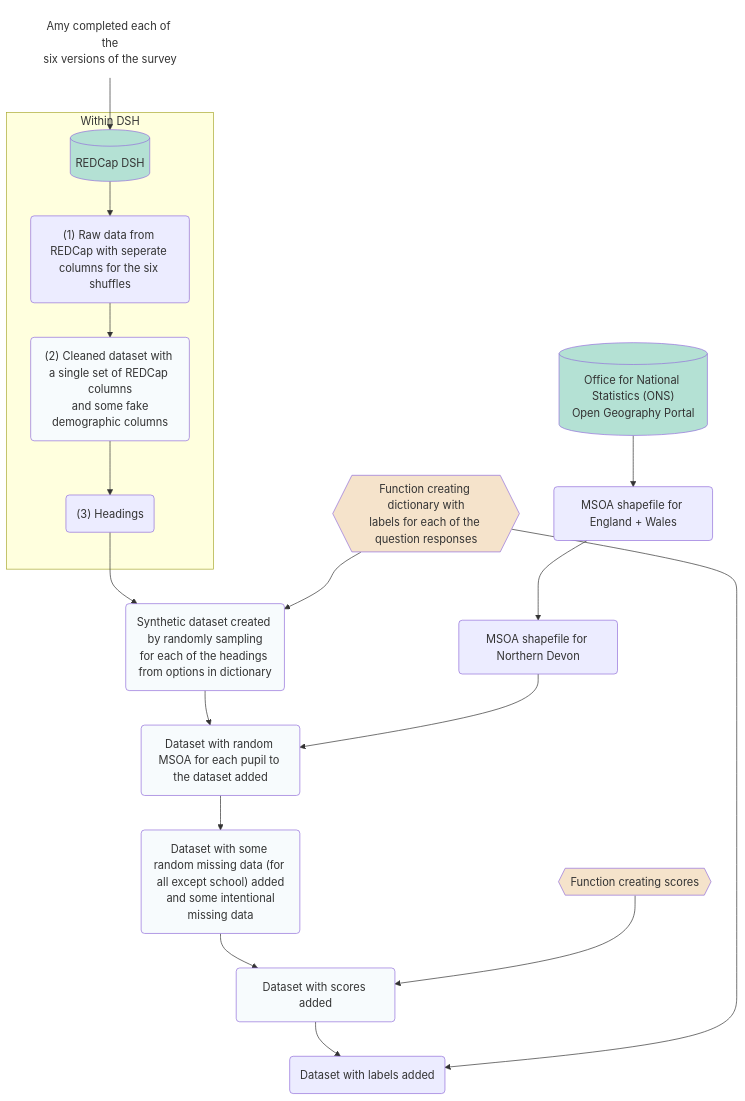
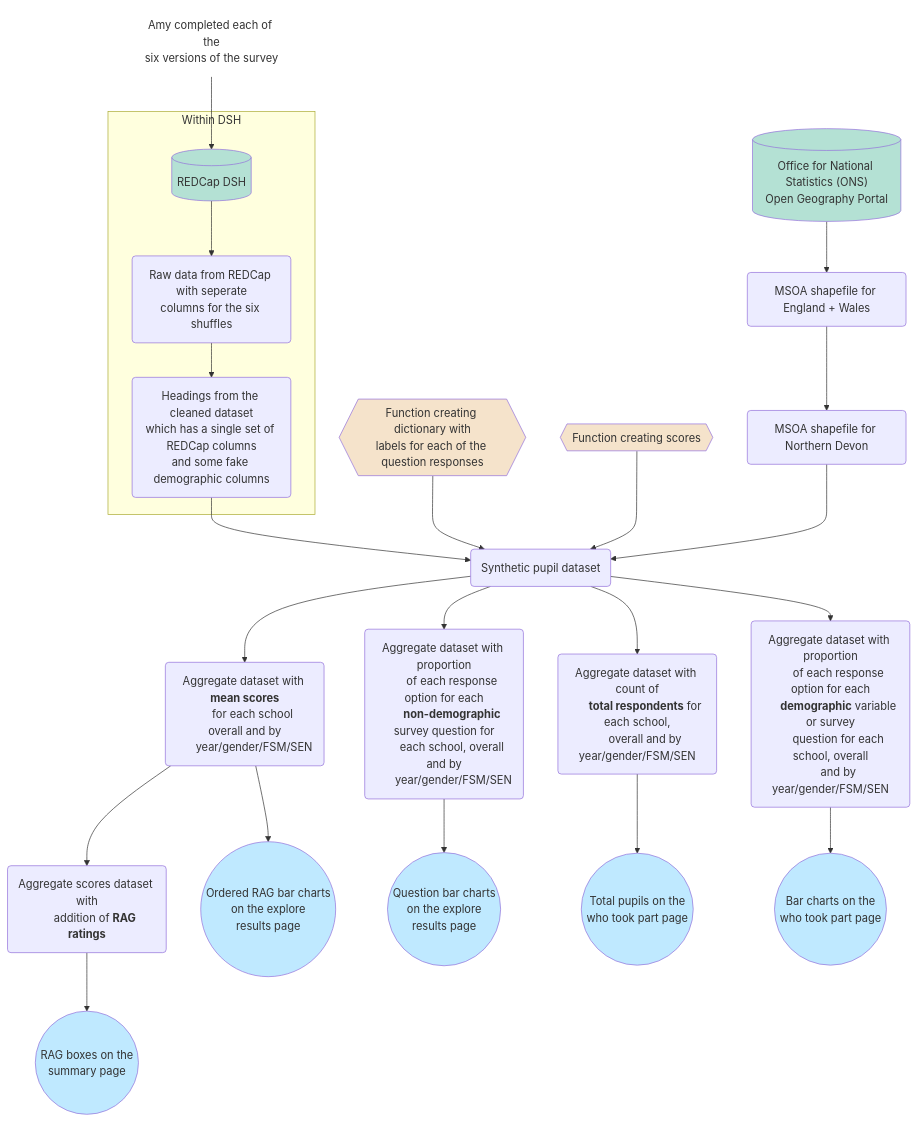
One commit to kailo-beewell/synthetic_standard_school_dashboards changed the second of 2 diagrams in data_structures_guide.md. Above: the diagram before and after it, drawn with Mermaid. The commit also changed other lines of this file, not shown here.

Commit message:
Completed flow diagram

````diff
--- a/data_structures_guide.md
+++ b/data_structures_guide.md
@@ -33,62 +36,96 @@
 
     in["Amy completed each of the<br>six versions of the survey"]
 
-    subgraph Within DSH
-    
+    subgraph subgraph_clean["Within DSH"]
         red[("REDCap DSH")]
-    
-        red_raw("(1) Raw data from REDCap with seperate columns for the six shuffles")
-    
-        red_tidy("(2) Cleaned dataset with a single set of REDCap columns<br> and some fake demographic columns")
-
-        head("(3) Headings")
-
+        red_raw("Raw data from REDCap with seperate<br>columns for the six shuffles")
+        head("Headings from the cleaned dataset<br>which has a single set of REDCap columns<br>and some fake demographic columns")
     end
 
     f_label{{"Function creating dictionary with<br>labels for each of the question responses"}};
-
-    data_sample("Synthetic dataset created by randomly sampling<br>for each of the headings from options in dictionary");
-
+    f_scores{{"Function creating scores"}}
     ons[("Office for National Statistics (ONS)<br>Open Geography Portal")];
-
     msoa_ew("MSOA shapefile for England + Wales");
     msoa_nd("MSOA shapefile for Northern Devon");
+    data_synth("Synthetic pupil dataset");
 
-    data_msoa("Dataset with random MSOA for each pupil to the dataset added");
-    data_miss("Dataset with some random missing data (for all except school) added<br> and some intentional missing data");
-    data_score("Dataset with scores added");
+    agg_scores("
+        Aggregate dataset with <b>mean scores</b>
+        for each school overall and by
+        year/gender/FSM/SEN");
+    agg_rag("
+        Aggregate scores dataset with
+        addition of <b>RAG ratings</b>");
+    agg_resp("
+        Aggregate dataset with proportion
+        of each response option for each
+        <b>non-demographic</b> survey question for
+        each school, overall and by
+        year/gender/FSM/SEN");
+    agg_counts("
+        Aggregate dataset with count of
+        <b>total respondents</b> for each school,
+        overall and by year/gender/FSM/SEN");
+    agg_dem("
+        Aggregate dataset with proportion
+        of each response option for each
+        <b>demographic</b> variable or survey
+        question for each school, overall
+        and by year/gender/FSM/SEN");
 
-    f_scores{{"Function creating scores"}}
-
-    data_label("Dataset with labels added")
+    st_sum(("
+        RAG boxes on the
+        summary page"));
+    st_exp(("
+        Question bar charts
+        on the explore
+        results page"));
+    st_order(("
+        Ordered RAG bar charts
+        on the explore
+        results page"));
+    st_count(("
+        Total pupils on the 
+        who took part page"));
+    st_dem(("
+        Bar charts on the 
+        who took part page"));
 
     %% Produce the figure
 
     in --> red;
     red --> red_raw;
-    red_raw --> red_tidy;
-    red_tidy --> head;
-    head --> data_sample; f_label --> data_sample;
+    red_raw --> head;
+
     ons --> msoa_ew;
     msoa_ew --> msoa_nd;
-    data_sample --> data_msoa; msoa_nd --> data_msoa;
-    data_msoa --> data_miss;
-    data_miss --> data_score;
-    f_scores --> data_score;
-    data_score --> data_label;
-    f_label --> data_label;
+    msoa_nd --> data_synth;
+    head --> data_synth;
+    f_scores --> data_synth;
+    f_label --> data_synth;
+
+    data_synth --> agg_scores; agg_scores --> agg_rag;
+    data_synth --> agg_resp;
+    data_synth --> agg_counts;
+    data_synth --> agg_dem;
+
+    agg_scores --> st_order;
+    agg_rag --> st_sum;
+    agg_resp --> st_exp;
+    agg_counts --> st_count;
+    agg_dem --> st_dem;
 
     %% Add custom colour to nodes
 
     classDef database fill:#b4e1d4;
     class red,ons database;
 
-    classDef process fill:#F7FBFD;
-    class red_tidy,data_sample,data_msoa,data_miss,data_score process;
-
     classDef function fill:#f5e3cb;
     class f_label,f_scores function;
 
     classDef transparent fill:transparent, stroke:transparent;
     class in transparent;
+
+    classDef streamlit fill:#bfe9ff;
+    class st_order,st_sum,st_exp,st_count,st_dem streamlit;
 ```
````
